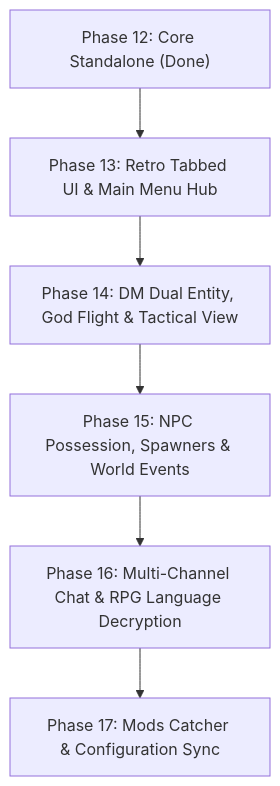
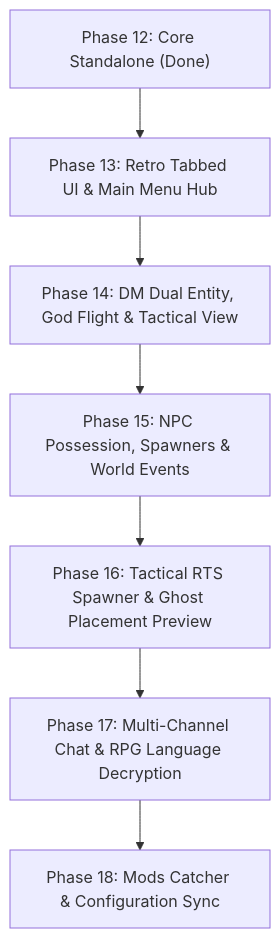
One commit to BauerPablo/DFUM-DungeonMaster changed the diagram in Docs/PRD_TTRPG_MASTER_SUITE.md. Above: the diagram before and after it, drawn with Mermaid. The commit also changed other lines of this file and 11 other files, not shown here.

````diff
--- a/Docs/PRD_TTRPG_MASTER_SUITE.md
+++ b/Docs/PRD_TTRPG_MASTER_SUITE.md
@@ -25,8 +25,9 @@
 ```mermaid
 flowchart TD
     P12["Phase 12: Core Standalone (Done)"] --> P13["Phase 13: Retro Tabbed UI & Main Menu Hub"]
     P13 --> P14["Phase 14: DM Dual Entity, God Flight & Tactical View"]
     P14 --> P15["Phase 15: NPC Possession, Spawners & World Events"]
-    P15 --> P16["Phase 16: Multi-Channel Chat & RPG Language Decryption"]
-    P16 --> P17["Phase 17: Mods Catcher & Configuration Sync"]
+    P15 --> P16["Phase 16: Tactical RTS Spawner & Ghost Placement Preview"]
+    P16 --> P17["Phase 17: Multi-Channel Chat & RPG Language Decryption"]
+    P17 --> P18["Phase 18: Mods Catcher & Configuration Sync"]
 ```
````
